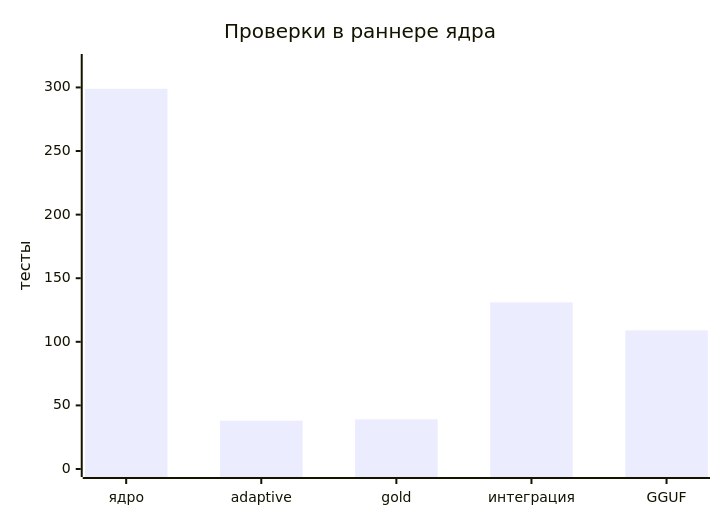
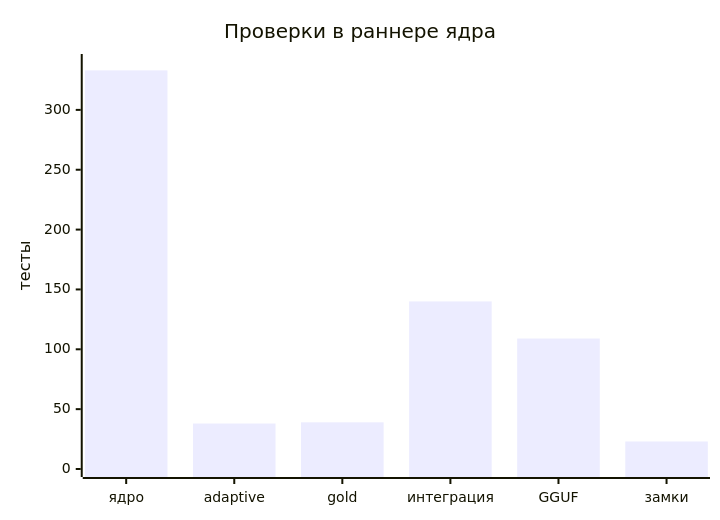
Before and after one commit to fakingpescobar-ctrl/opencode-mobile: the ninth of 10 diagrams in README.md, drawn with Mermaid. The commit also changed other lines of this file and 3 other files, not shown here.

Commit message:
Витрина: актуальные метрики, тесты и честность gold на главной

````diff
--- a/README.md
+++ b/README.md
@@ -512,7 +560,7 @@
 ```mermaid
 xychart-beta
     title "Проверки в раннере ядра"
-    x-axis ["ядро", "adaptive", "gold", "интеграция", "GGUF"]
-    y-axis "тесты" 0 --> 320
-    bar [299, 38, 39, 131, 109]
+    x-axis ["ядро", "adaptive", "gold", "интеграция", "GGUF", "замки"]
+    y-axis "тесты" 0 --> 340
+    bar [333, 38, 39, 140, 109, 23]
 ```
````
